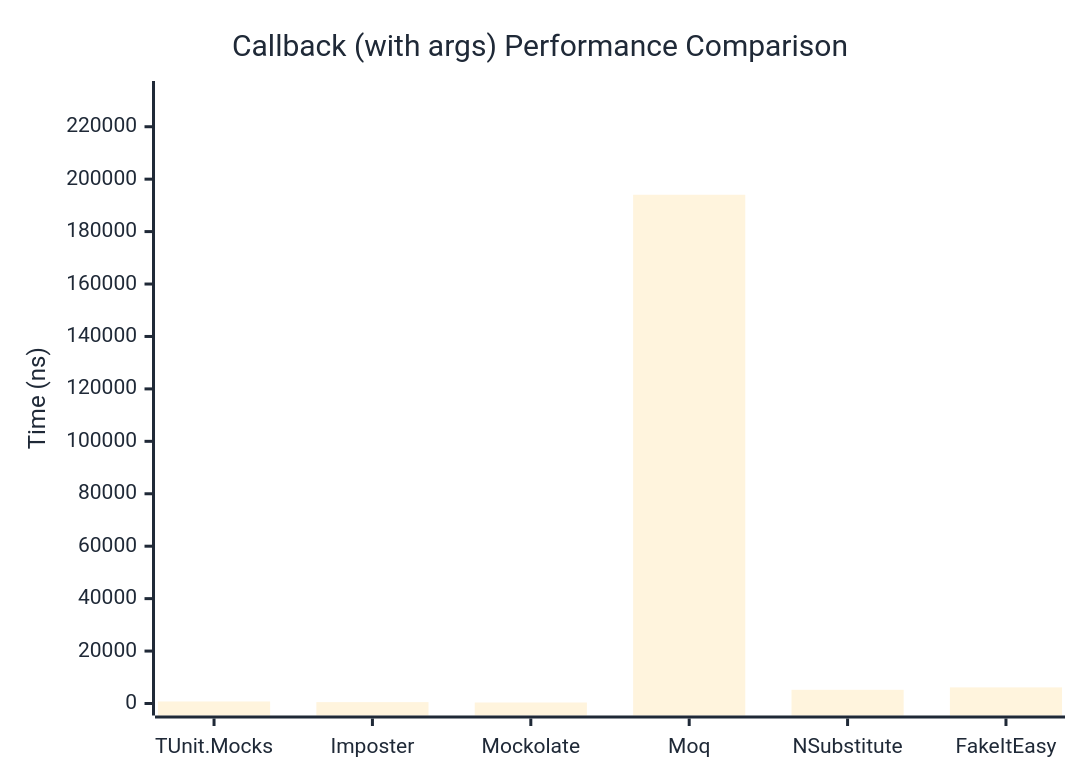
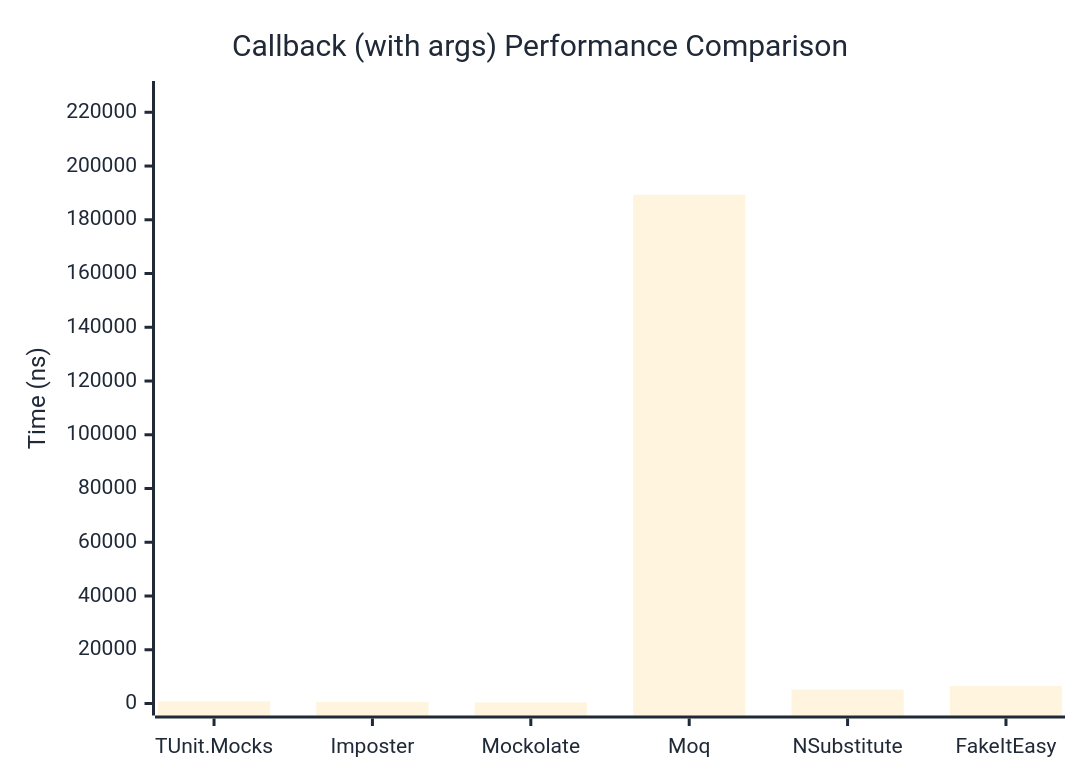
Before and after one commit to thomhurst/TUnit: the second of 2 diagrams in docs/docs/benchmarks/mocks/Callback.md, drawn with Mermaid. The commit also changed other lines of this file and 14 other files, not shown here.

````diff
--- a/docs/docs/benchmarks/mocks/Callback.md
+++ b/docs/docs/benchmarks/mocks/Callback.md
@@ -71,27 +71,27 @@
 ```mermaid
 %%{init: {
   'theme':'base',
   'themeVariables': {
     'primaryColor': '#2563eb',
     'primaryTextColor': '#1f2937',
     'primaryBorderColor': '#1e40af',
     'lineColor': '#6b7280',
     'secondaryColor': '#7c3aed',
     'tertiaryColor': '#dc2626',
     'background': '#ffffff',
     'pie1': '#2563eb',
     'pie2': '#7c3aed',
     'pie3': '#dc2626',
     'pie4': '#f59e0b',
     'pie5': '#10b981',
     'pie6': '#06b6d4',
     'pie7': '#ec4899',
     'pie8': '#6366f1'
   }
 }}%%
 xychart-beta
   title "Callback (with args) Performance Comparison"
   x-axis ["TUnit.Mocks", "Imposter", "Mockolate", "Moq", "NSubstitute", "FakeItEasy"]
-  y-axis "Time (ns)" 0 --> 232865
-  bar [771.3, 523.4, 382, 194053.9, 5224.6, 6148.9]
+  y-axis "Time (ns)" 0 --> 227177
+  bar [775.8, 535.8, 404.2, 189314, 5169.3, 6487.5]
 ```
````
